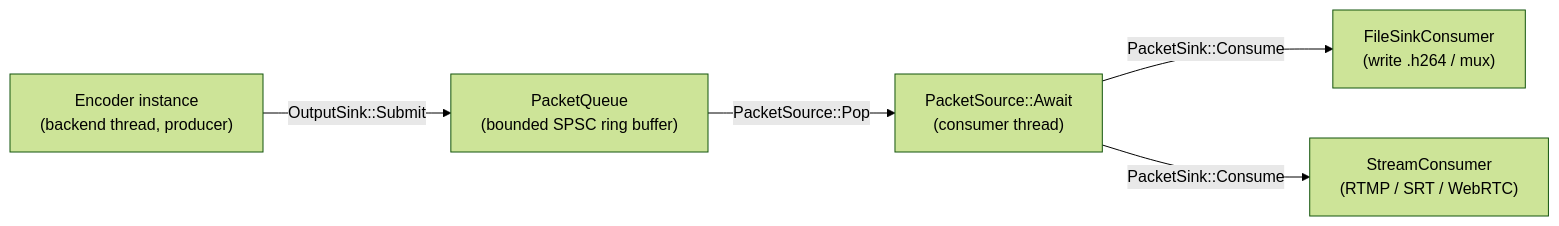
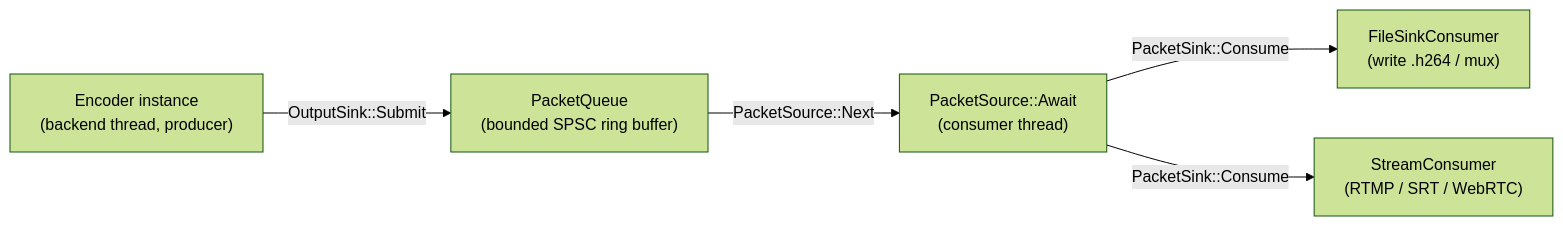
Before and after one commit to oxsource/video_codec: the first of 2 diagrams in codec/doc/architecture/output-queue.md, drawn with Mermaid (forest theme). The commit also changed other lines of this file and 13 other files, not shown here.

First line of the commit message:
refactor(queue): rename PacketSource::Pop to Next

````diff
--- a/codec/doc/architecture/output-queue.md
+++ b/codec/doc/architecture/output-queue.md
@@ -10,13 +10,13 @@
 ```mermaid
 flowchart LR
     ENC["Encoder instance<br/>(backend thread, producer)"]
     Q["PacketQueue<br/>(bounded SPSC ring buffer)"]
     AW["PacketSource::Await<br/>(consumer thread)"]
     FC["FileSinkConsumer<br/>(write .h264 / mux)"]
     SC["StreamConsumer<br/>(RTMP / SRT / WebRTC)"]
 
     ENC -->|OutputSink::Submit| Q
-    Q -->|PacketSource::Pop| AW
+    Q -->|PacketSource::Next| AW
     AW -->|PacketSink::Consume| FC
     AW -->|PacketSink::Consume| SC
 ```
````
